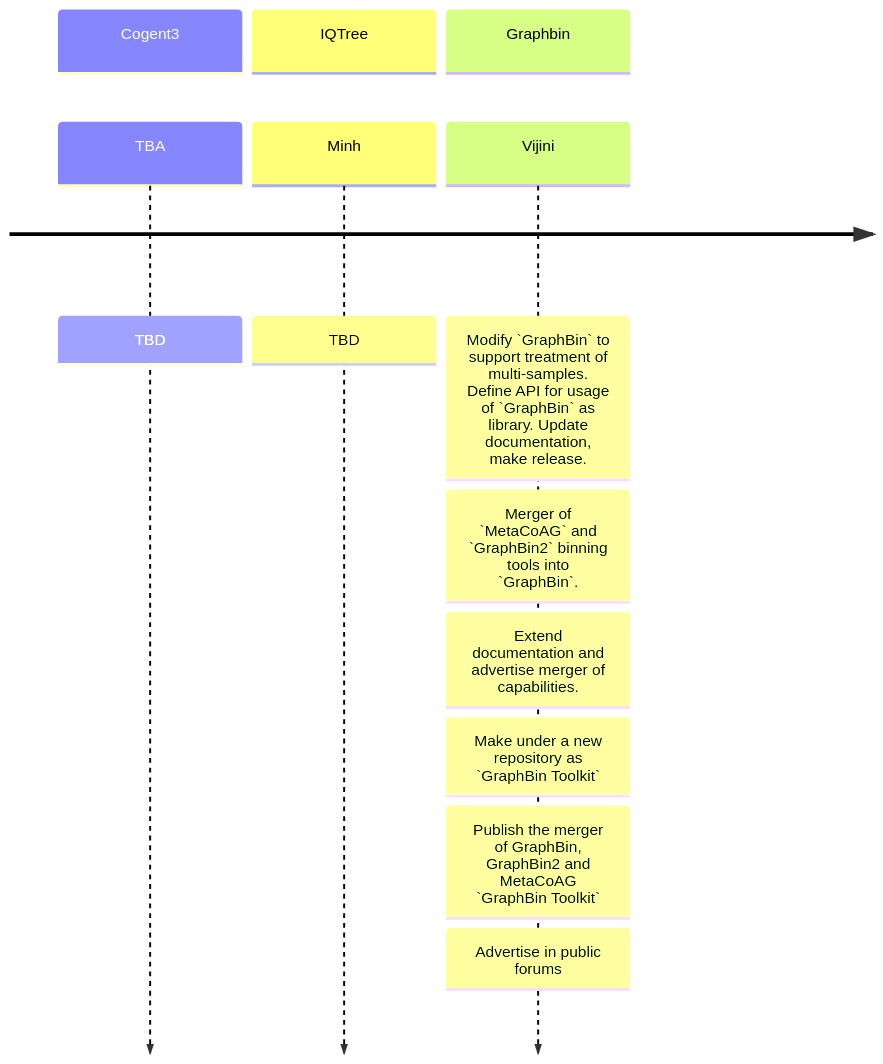
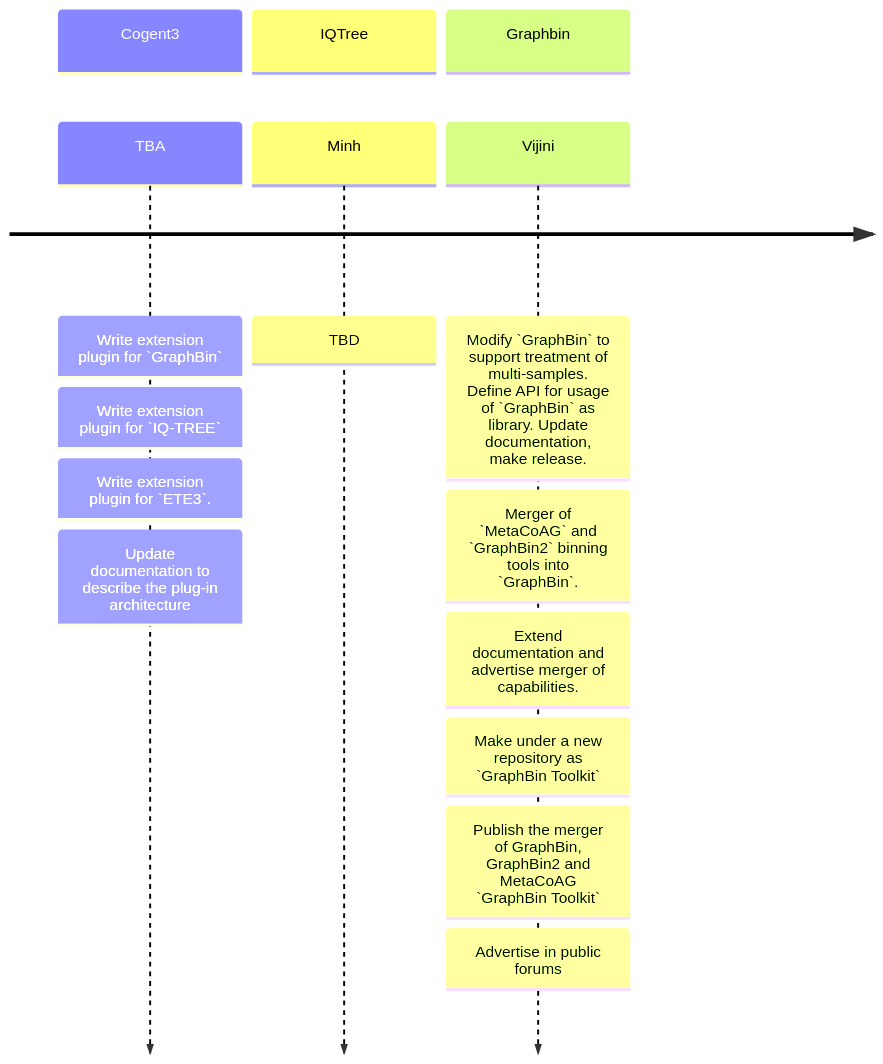
The third of 4 diagrams in docs/milestones.md (khiron/testscriv), drawn with Mermaid before and after one commit. The commit also changed other lines of this file and 1 other file, not shown here.

````diff
--- a/docs/milestones.md
+++ b/docs/milestones.md
@@ -73,16 +75,20 @@
 ```mermaid
 timeline
 section Cogent3
-TBA : TBD
+TBA  
+: Write extension plugin for `GraphBin`
+: Write extension plugin for `IQ-TREE` 
+: Write extension plugin for `ETE3`. 
+: Update documentation to describe the plug-in architecture
 
 section IQTree
 Minh : TBD
 
 section Graphbin 
 Vijini : Modify `GraphBin` to support treatment of multi-samples. Define API for usage of `GraphBin` as library. Update documentation, make release.
 : Merger of `MetaCoAG` and `GraphBin2` binning tools into `GraphBin`. 
 : Extend documentation and advertise merger of capabilities.
 : Make under a new repository as `GraphBin Toolkit`
 : Publish the merger of GraphBin, GraphBin2 and MetaCoAG `GraphBin Toolkit`
 : Advertise in public forums
 ```
````
